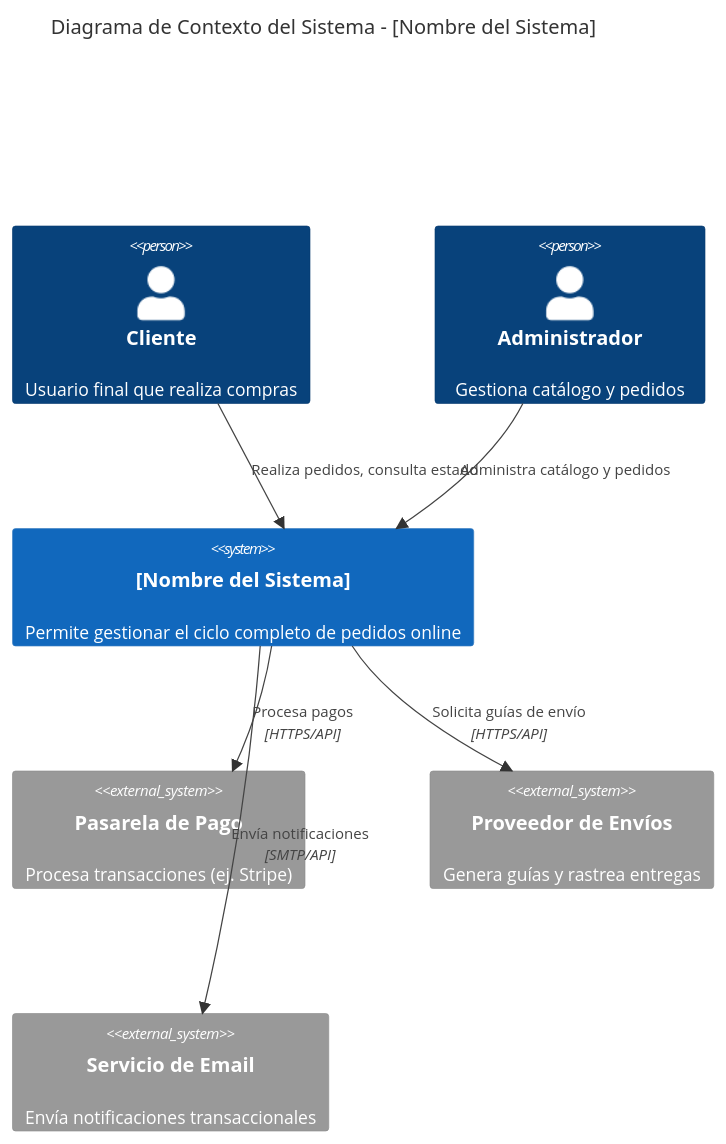
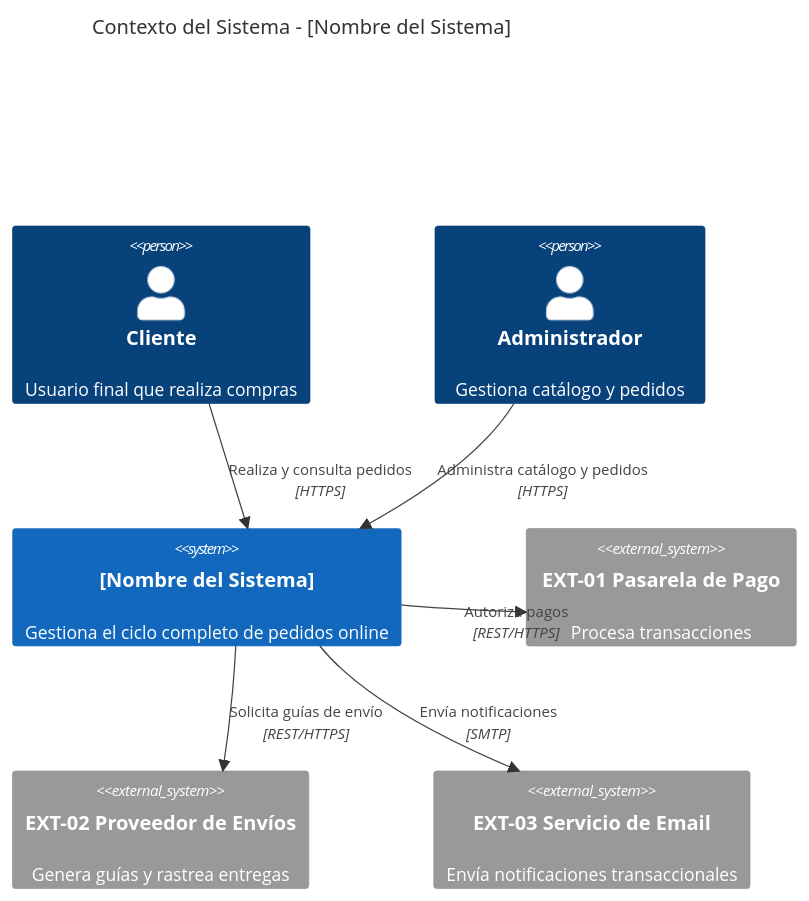
The first of 4 diagrams in .github/skills/archi/references/diagramas-c4-ejemplos.md (erick880709/Agro-ia), drawn with Mermaid before and after one commit. The commit also changed other lines of this file and 1224 other files, not shown here.

First line of the commit message:
chore: sincronizar skills, memoria, graphify, contexto RFP-003 y reportes

````diff
--- a/.github/skills/archi/references/diagramas-c4-ejemplos.md
+++ b/.github/skills/archi/references/diagramas-c4-ejemplos.md
@@ -9,19 +9,20 @@
 ```mermaid
 C4Context
-    title Diagrama de Contexto del Sistema - [Nombre del Sistema]
+    title Contexto del Sistema - [Nombre del Sistema]
+    UpdateLayoutConfig($c4ShapeInRow="3", $c4BoundaryInRow="1")
 
     Person(cliente, "Cliente", "Usuario final que realiza compras")
     Person(admin, "Administrador", "Gestiona catálogo y pedidos")
 
-    System(sistema, "[Nombre del Sistema]", "Permite gestionar el ciclo completo de pedidos online")
+    System(sistema, "[Nombre del Sistema]", "Gestiona el ciclo completo de pedidos online")
 
-    System_Ext(pasarelaPago, "Pasarela de Pago", "Procesa transacciones (ej. Stripe)")
-    System_Ext(sistemaEnvios, "Proveedor de Envíos", "Genera guías y rastrea entregas")
-    System_Ext(email, "Servicio de Email", "Envía notificaciones transaccionales")
+    System_Ext(pasarelaPago, "EXT-01 Pasarela de Pago", "Procesa transacciones")
+    System_Ext(sistemaEnvios, "EXT-02 Proveedor de Envíos", "Genera guías y rastrea entregas")
+    System_Ext(email, "EXT-03 Servicio de Email", "Envía notificaciones transaccionales")
 
-    Rel(cliente, sistema, "Realiza pedidos, consulta estado")
-    Rel(admin, sistema, "Administra catálogo y pedidos")
-    Rel(sistema, pasarelaPago, "Procesa pagos", "HTTPS/API")
-    Rel(sistema, sistemaEnvios, "Solicita guías de envío", "HTTPS/API")
-    Rel(sistema, email, "Envía notificaciones", "SMTP/API")
+    Rel(cliente, sistema, "Realiza y consulta pedidos", "HTTPS")
+    Rel(admin, sistema, "Administra catálogo y pedidos", "HTTPS")
+    Rel(sistema, pasarelaPago, "Autoriza pagos", "REST/HTTPS")
+    Rel(sistema, sistemaEnvios, "Solicita guías de envío", "REST/HTTPS")
+    Rel(sistema, email, "Envía notificaciones", "SMTP")
 ```
````
